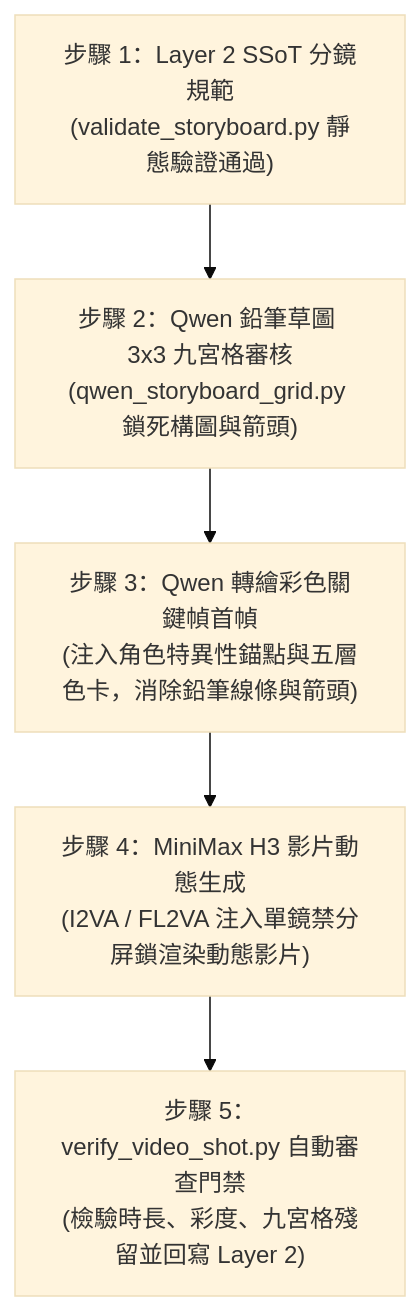
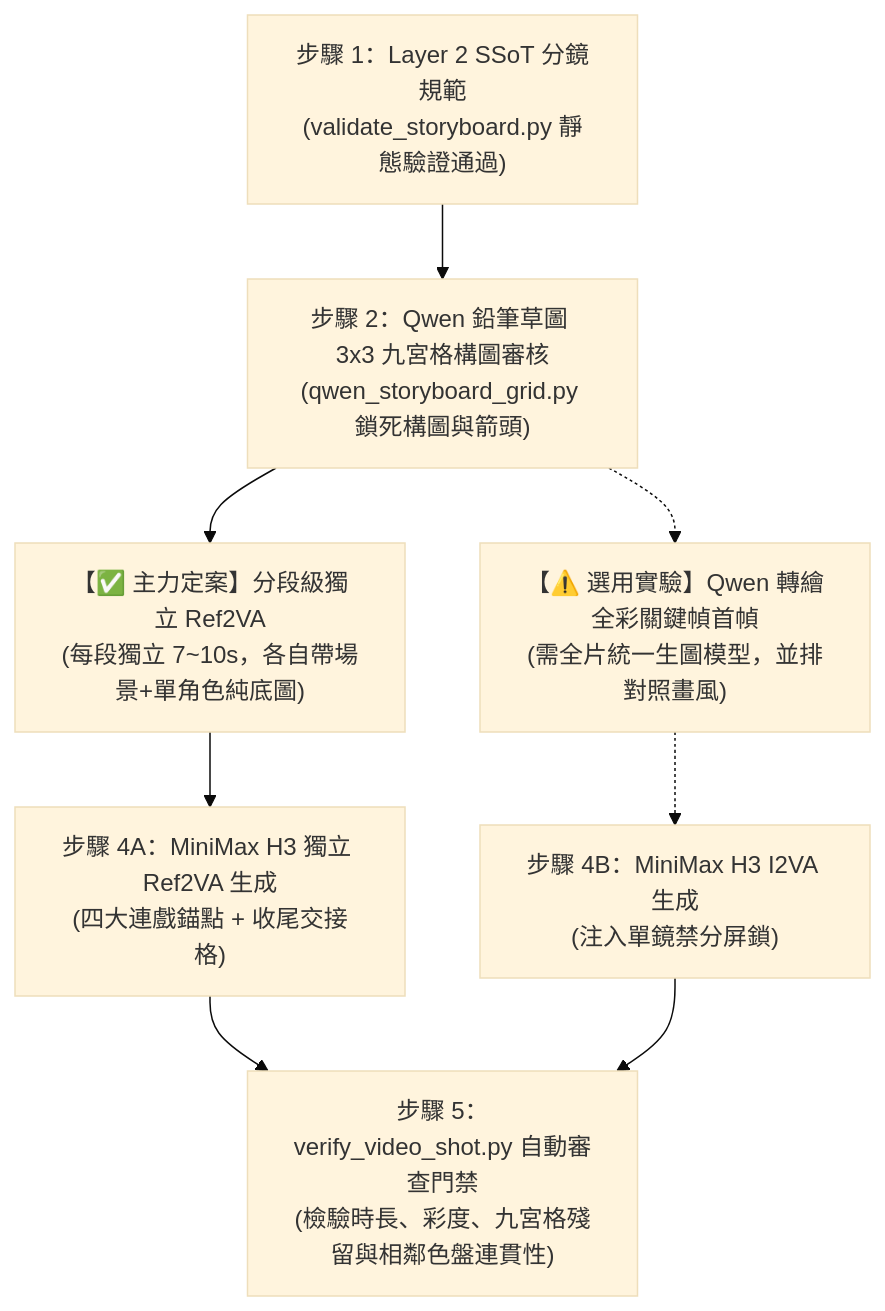
Before and after one commit to ayase0307/ai-comic-drama: the second of 2 diagrams in references/storyboard/anime-drama-grid-and-continuity.md, drawn with Mermaid (base theme). The commit also changed other lines of this file and 9 other files, not shown here.

````diff
--- a/references/storyboard/anime-drama-grid-and-continuity.md
+++ b/references/storyboard/anime-drama-grid-and-continuity.md
@@ -180,7 +174,12 @@
 ```mermaid
 flowchart TD
-    Step1["步驟 1：Layer 2 SSoT 分鏡規範<br/>(validate_storyboard.py 靜態驗證通過)"] --> Step2["步驟 2：Qwen 鉛筆草圖 3x3 九宮格審核<br/>(qwen_storyboard_grid.py 鎖死構圖與箭頭)"]
-    Step2 --> Step3["步驟 3：Qwen 轉繪彩色關鍵幀首幀<br/>(注入角色特異性錨點與五層色卡，消除鉛筆線條與箭頭)"]
-    Step3 --> Step4["步驟 4：MiniMax H3 影片動態生成<br/>(I2VA / FL2VA 注入單鏡禁分屏鎖渲染動態影片)"]
-    Step4 --> Step5["步驟 5：verify_video_shot.py 自動審查門禁<br/>(檢驗時長、彩度、九宮格殘留並回寫 Layer 2)"]
+    Step1["步驟 1：Layer 2 SSoT 分鏡規範<br/>(validate_storyboard.py 靜態驗證通過)"] --> Step2["步驟 2：Qwen 鉛筆草圖 3x3 九宮格構圖審核<br/>(qwen_storyboard_grid.py 鎖死構圖與箭頭)"]
+    
+    Step2 --> PathA["【✅ 主力定案】分段級獨立 Ref2VA<br/>(每段獨立 7~10s，各自帶場景+單角色純底圖)"]
+    Step2 -.-> PathB["【⚠️ 選用實驗】Qwen 轉繪全彩關鍵幀首幀<br/>(需全片統一生圖模型，並排對照畫風)"]
+    
+    PathA --> Step4A["步驟 4A：MiniMax H3 獨立 Ref2VA 生成<br/>(四大連戲錨點 + 收尾交接格)"]
+    PathB -.-> Step4B["步驟 4B：MiniMax H3 I2VA 生成<br/>(注入單鏡禁分屏鎖)"]
+    
+    Step4A & Step4B --> Step5["步驟 5：verify_video_shot.py 自動審查門禁<br/>(檢驗時長、彩度、九宮格殘留與相鄰色盤連貫性)"]
 ```
````
